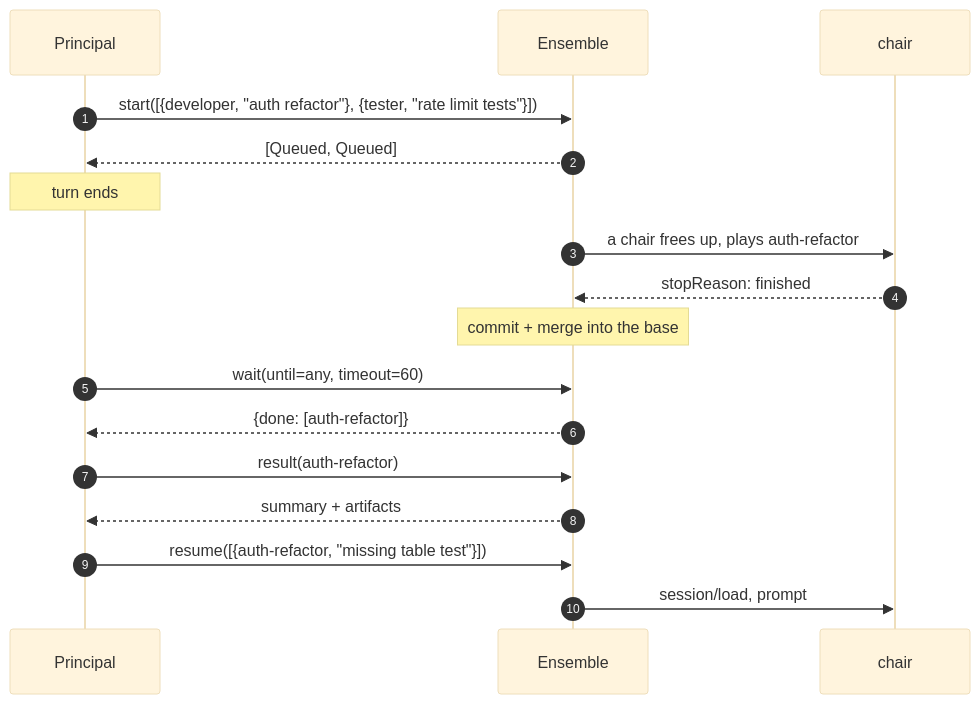
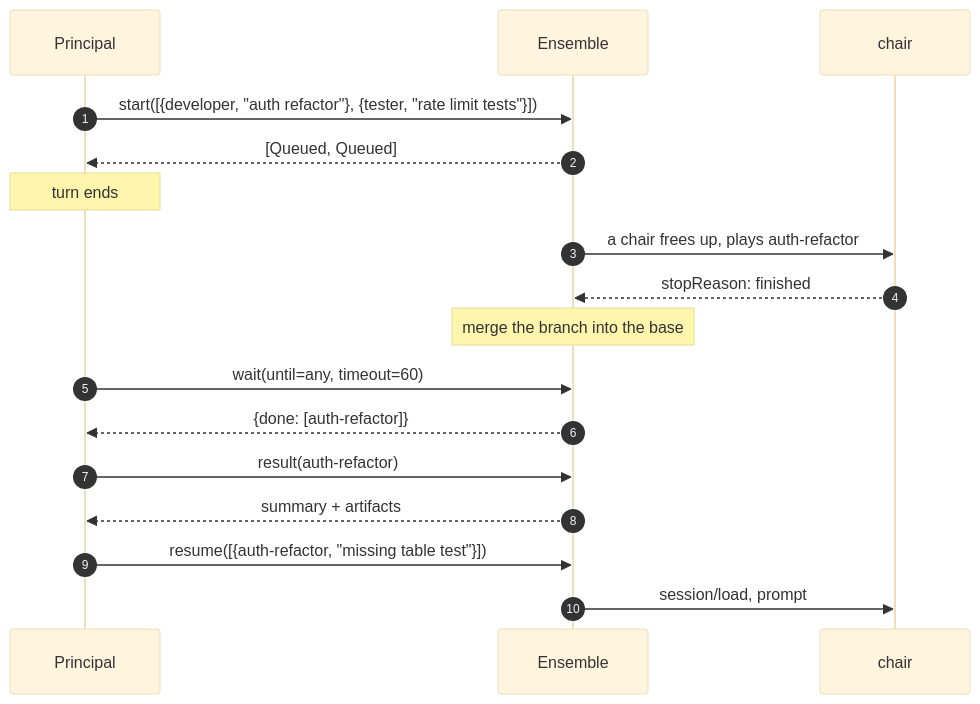
Before and after one commit to noclearreaction/symphony-maestro: the diagram in docs/ensemble/diagrams/dispatch.md, drawn with Mermaid (base theme). The commit also changed 6 other files, not shown here.

````diff
--- a/docs/ensemble/diagrams/dispatch.md
+++ b/docs/ensemble/diagrams/dispatch.md
@@ -6,19 +6,19 @@
 ```mermaid
 sequenceDiagram
   autonumber
   participant O as Principal
   participant E as Ensemble
   participant C as chair
   O->>E: start([{developer, "auth refactor"}, {tester, "rate limit tests"}])
   E-->>O: [Queued, Queued]
   Note over O: turn ends
   E->>C: a chair frees up, plays auth-refactor
   C-->>E: stopReason: finished
-  Note over E: commit + merge into the base
+  Note over E: merge the branch into the base
   O->>E: wait(until=any, timeout=60)
   E-->>O: {done: [auth-refactor]}
   O->>E: result(auth-refactor)
   E-->>O: summary + artifacts
   O->>E: resume([{auth-refactor, "missing table test"}])
   E->>C: session/load, prompt
 ```
````
